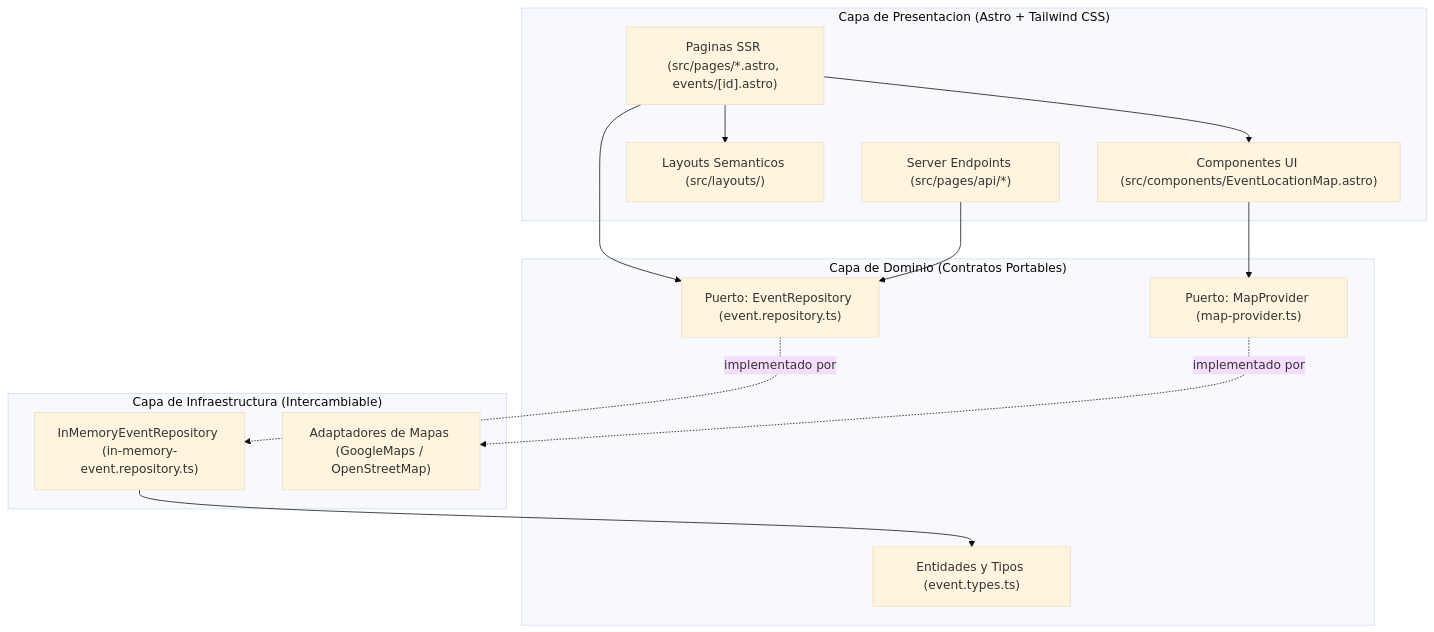
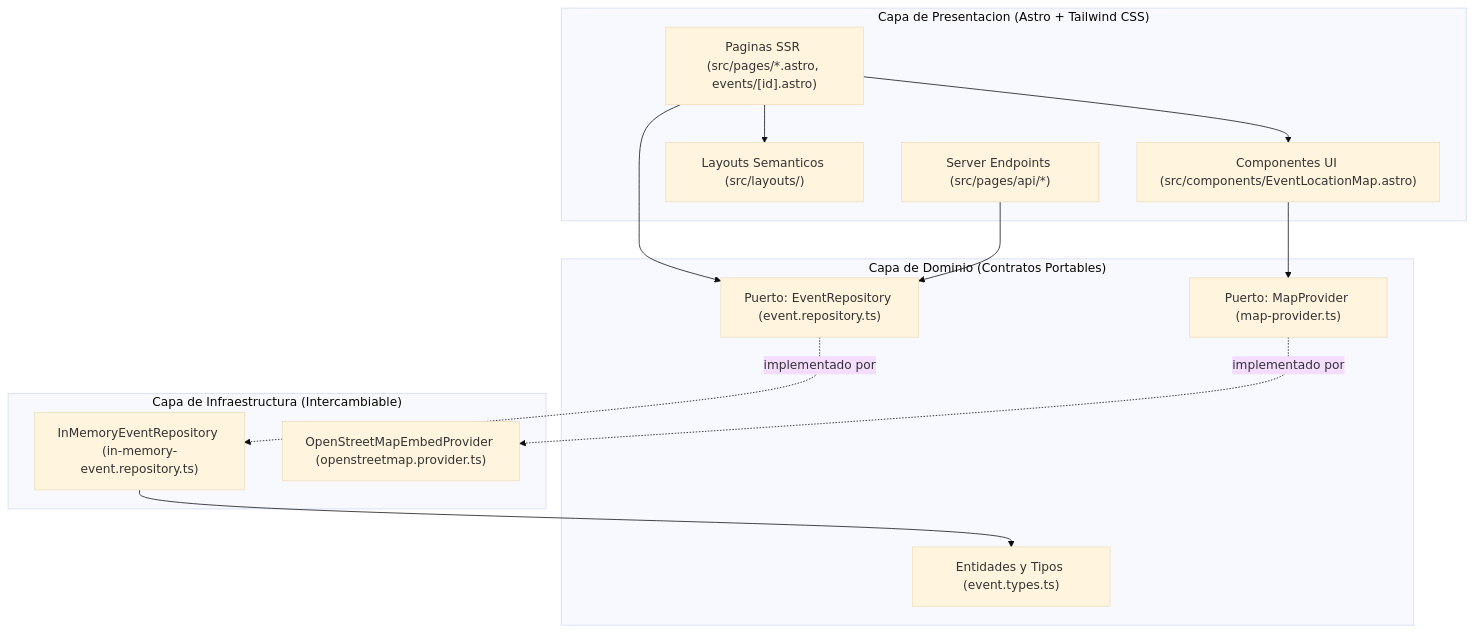
The diagram in docs/architecture/overview.md (dezkareid/eventify), drawn with Mermaid (base theme) before and after one commit. The commit also changed other lines of this file and 15 other files, not shown here.

Commit message:
feat(web): add event detail page with free OpenStreetMap embed and session token tracker hook

````diff
--- a/docs/architecture/overview.md
+++ b/docs/architecture/overview.md
@@ -27,29 +27,29 @@
 ```mermaid
 flowchart TB
     subgraph UI["Capa de Presentacion (Astro + Tailwind CSS)"]
         Pages["Paginas SSR (src/pages/*.astro, events/[id].astro)"]
         Components["Componentes UI (src/components/EventLocationMap.astro)"]
         Layouts["Layouts Semanticos (src/layouts/)"]
         API["Server Endpoints (src/pages/api/*)"]
     end
 
     subgraph Domain["Capa de Dominio (Contratos Portables)"]
         Types["Entidades y Tipos (event.types.ts)"]
         RepoPort["Puerto: EventRepository (event.repository.ts)"]
         MapPort["Puerto: MapProvider (map-provider.ts)"]
     end
 
     subgraph Infra["Capa de Infraestructura (Intercambiable)"]
         InMem["InMemoryEventRepository (in-memory-event.repository.ts)"]
-        MapAdapters["Adaptadores de Mapas (GoogleMaps / OpenStreetMap)"]
+        MapAdapters["OpenStreetMapEmbedProvider (openstreetmap.provider.ts)"]
     end
 
     Pages --> Layouts
     Pages --> Components
     Pages --> RepoPort
     Components --> MapPort
     API --> RepoPort
     RepoPort -. "implementado por" .-> InMem
     MapPort -. "implementado por" .-> MapAdapters
     InMem --> Types
 ```
````
